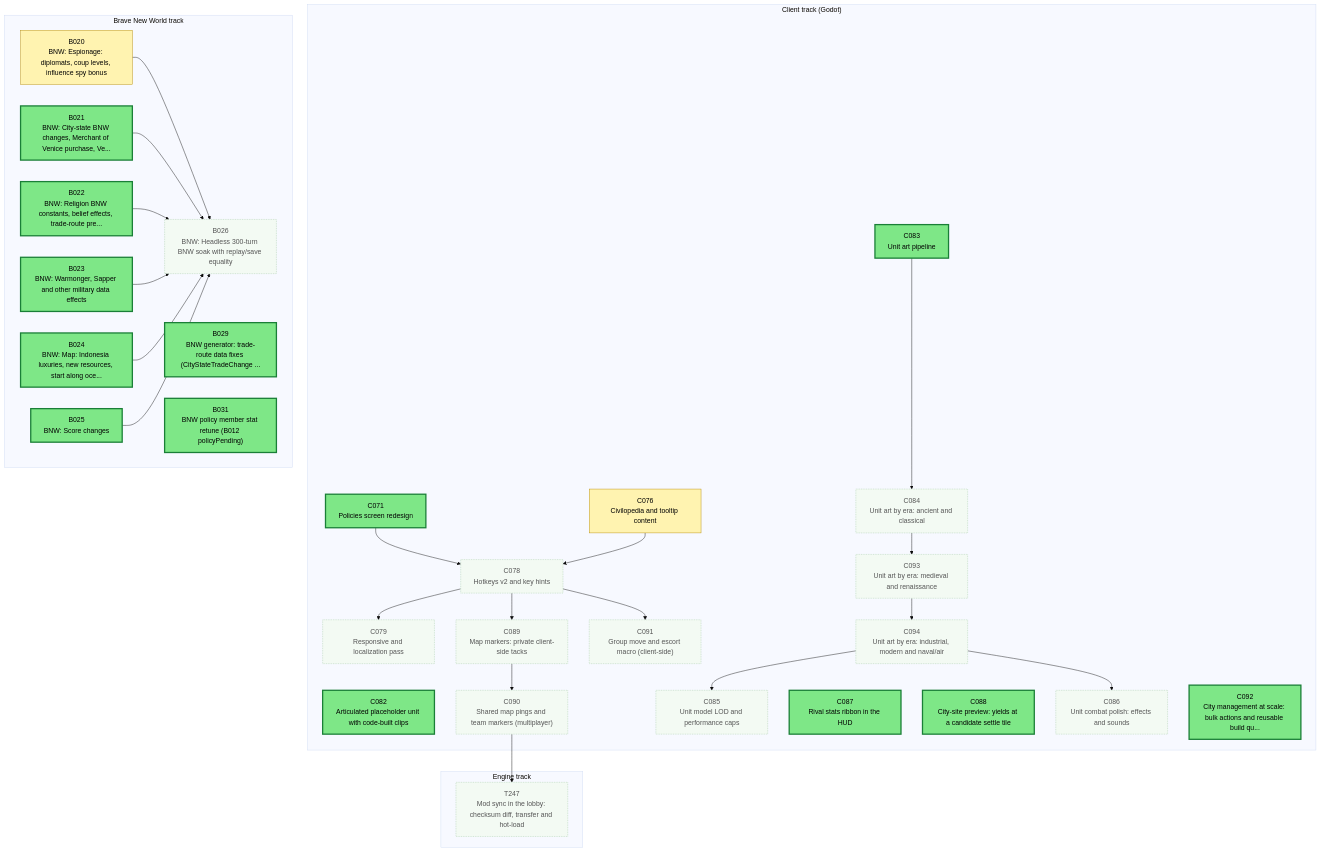
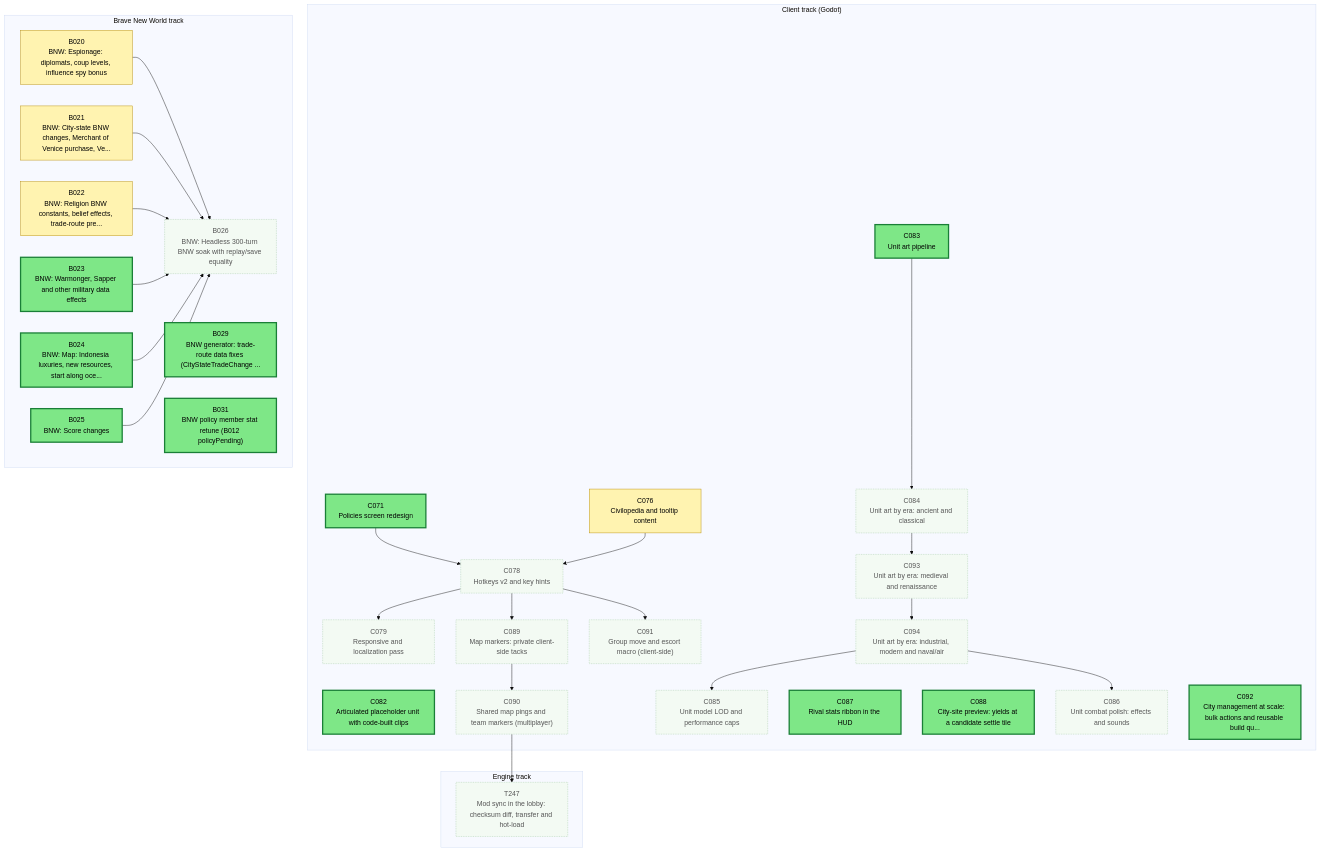
Before and after one commit to Kenmura/Unciv: the first of 3 diagrams in csharp/migration/DEPENDENCY_MAP.md, drawn with Mermaid (base theme). The commit also changed other lines of this file and 1 other file, not shown here.

```diff
--- a/csharp/migration/DEPENDENCY_MAP.md
+++ b/csharp/migration/DEPENDENCY_MAP.md
@@ -83,8 +83,8 @@
   classDef blocked fill:#ffd6d6,stroke:#c62828,color:#000
   classDef done fill:#eeeeee,stroke:#999999,color:#666,stroke-dasharray:4 3
   class B020 prog
-  class B021 ready
-  class B022 ready
+  class B021 prog
+  class B022 prog
   class B023 ready
   class B024 ready
   class B025 ready
```
